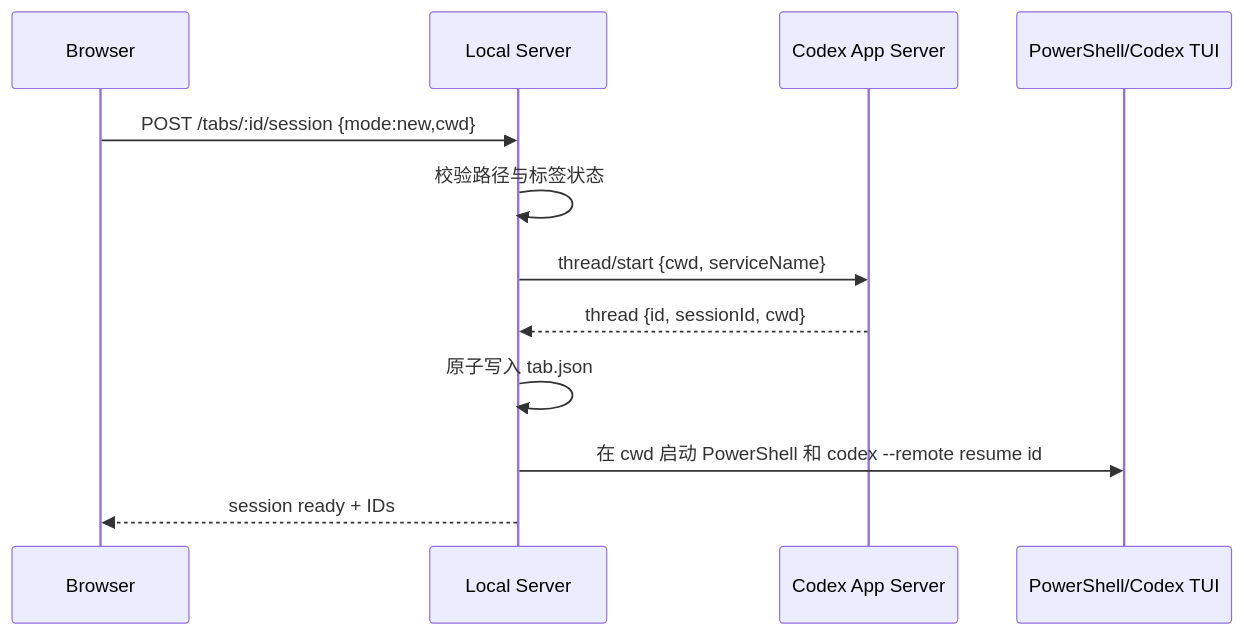
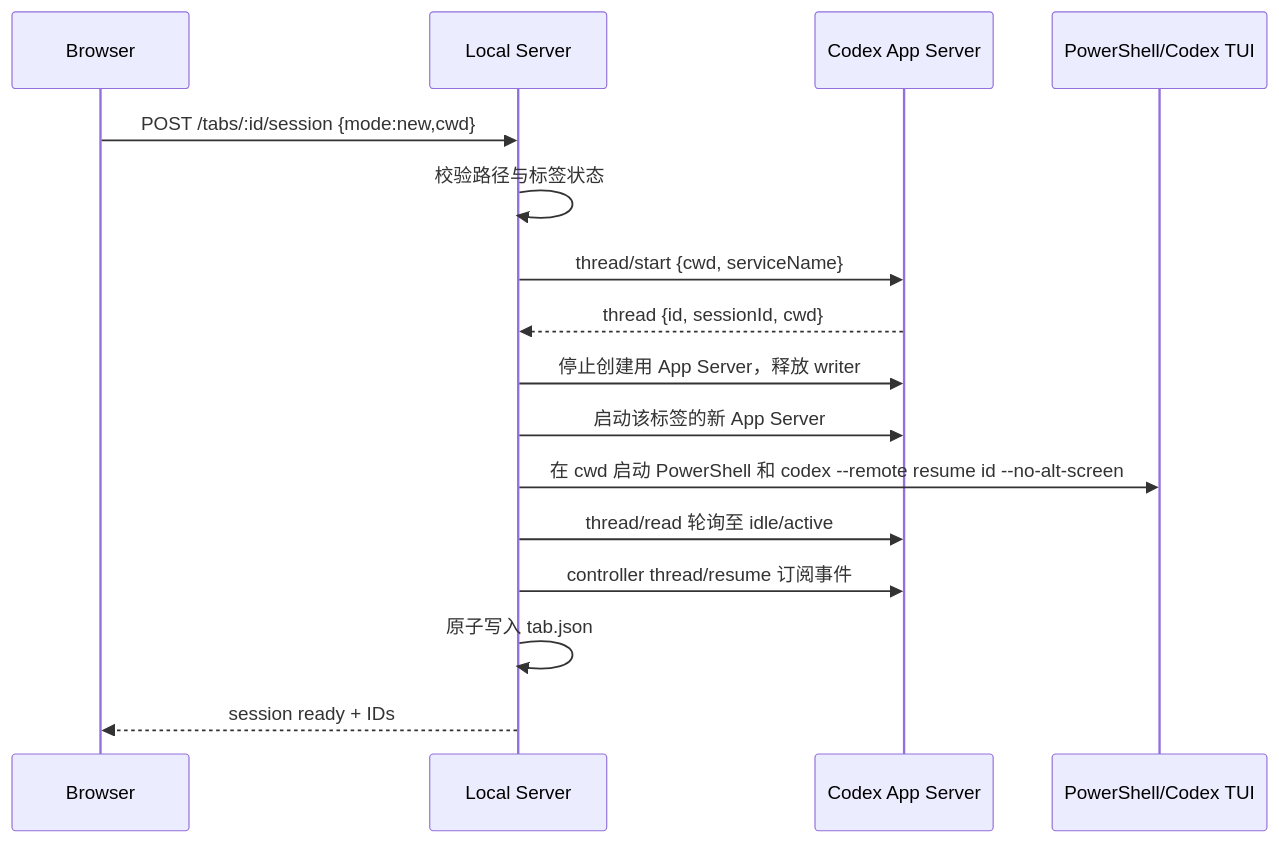
The second of 5 diagrams in docs/IMPLEMENTATION_SPEC.md (xpc16/Codex-Promptor), drawn with Mermaid before and after one commit. The commit also changed other lines of this file and 6 other files, not shown here.

````diff
--- a/docs/IMPLEMENTATION_SPEC.md
+++ b/docs/IMPLEMENTATION_SPEC.md
@@ -289,15 +289,19 @@
 ```mermaid
 sequenceDiagram
     participant UI as Browser
     participant API as Local Server
     participant AS as Codex App Server
     participant PTY as PowerShell/Codex TUI
 
     UI->>API: POST /tabs/:id/session {mode:new,cwd}
     API->>API: 校验路径与标签状态
     API->>AS: thread/start {cwd, serviceName}
     AS-->>API: thread {id, sessionId, cwd}
+    API->>AS: 停止创建用 App Server，释放 writer
+    API->>AS: 启动该标签的新 App Server
+    API->>PTY: 在 cwd 启动 PowerShell 和 codex --remote resume id --no-alt-screen
+    API->>AS: thread/read 轮询至 idle/active
+    API->>AS: controller thread/resume 订阅事件
     API->>API: 原子写入 tab.json
-    API->>PTY: 在 cwd 启动 PowerShell 和 codex --remote resume id
     API-->>UI: session ready + IDs
 ```
````
